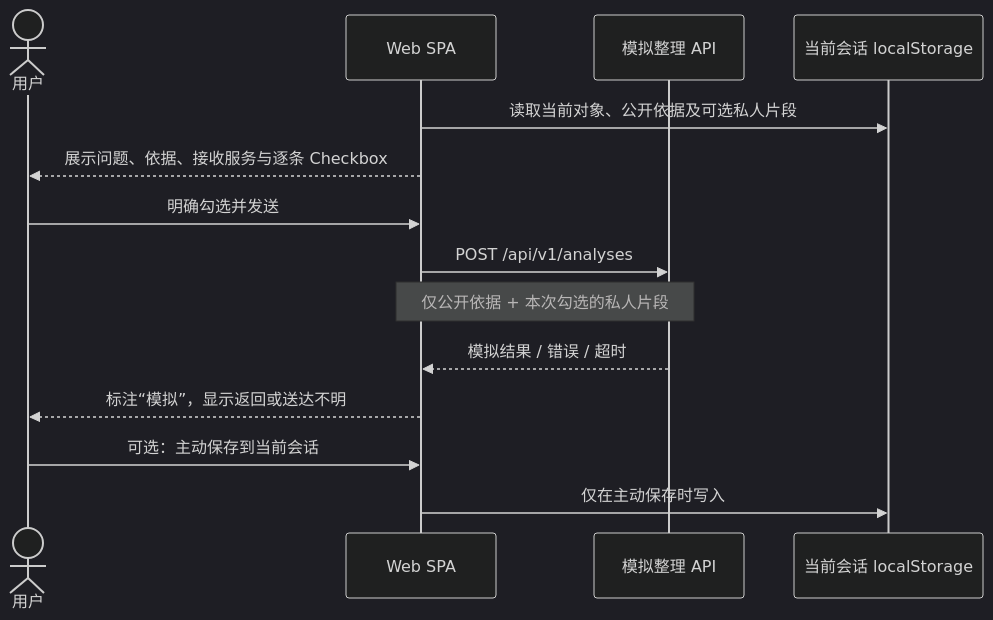
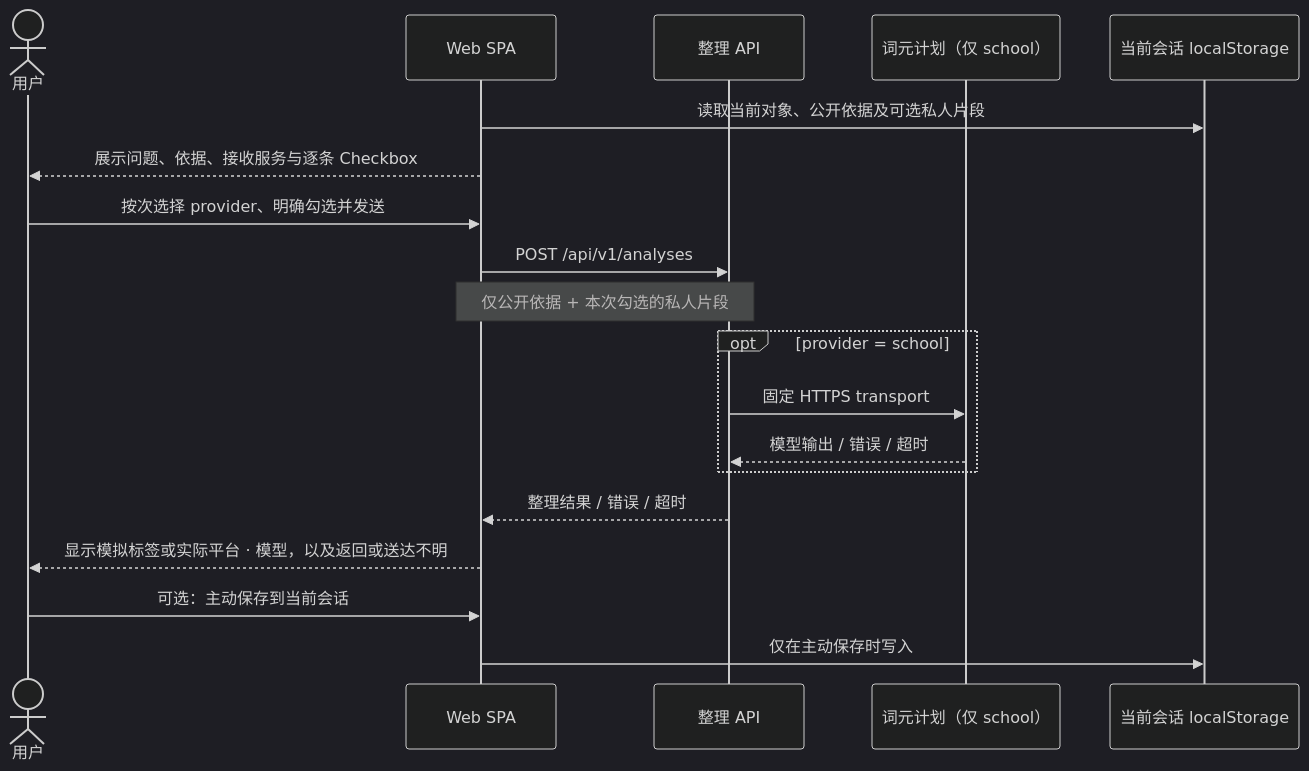
One commit to 114August514/campus-lumen changed the third of 3 diagrams in docs/architecture/overview.md. Above: the diagram before and after it, drawn with Mermaid (dark theme). The commit also changed other lines of this file and 38 other files, not shown here.

First line of the commit message:
feat: optional USTC 词元计划 provider for AI organization

````diff
--- a/docs/architecture/overview.md
+++ b/docs/architecture/overview.md
@@ -74,16 +75,21 @@
 ```mermaid
 sequenceDiagram
   actor User as 用户
   participant Web as Web SPA
-  participant API as 模拟整理 API
+  participant API as 整理 API
+  participant School as 词元计划（仅 school）
   participant Store as 当前会话 localStorage
   Web->>Store: 读取当前对象、公开依据及可选私人片段
   Web-->>User: 展示问题、依据、接收服务与逐条 Checkbox
-  User->>Web: 明确勾选并发送
+  User->>Web: 按次选择 provider、明确勾选并发送
   Web->>API: POST /api/v1/analyses
   Note over Web,API: 仅公开依据 + 本次勾选的私人片段
-  API-->>Web: 模拟结果 / 错误 / 超时
-  Web-->>User: 标注“模拟”，显示返回或送达不明
+  opt provider = school
+    API->>School: 固定 HTTPS transport
+    School-->>API: 模型输出 / 错误 / 超时
+  end
+  API-->>Web: 整理结果 / 错误 / 超时
+  Web-->>User: 显示模拟标签或实际平台 · 模型，以及返回或送达不明
   User->>Web: 可选：主动保存到当前会话
   Web->>Store: 仅在主动保存时写入
 ```
````
